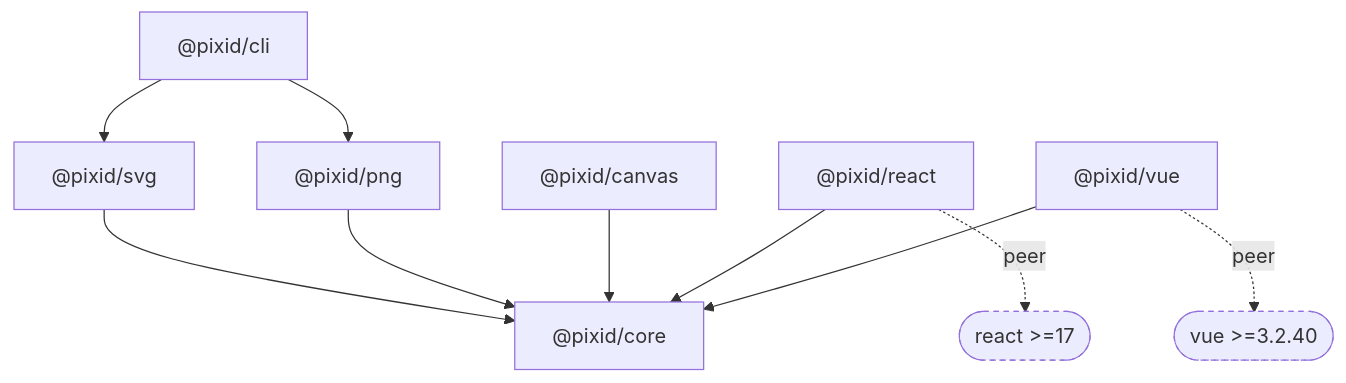
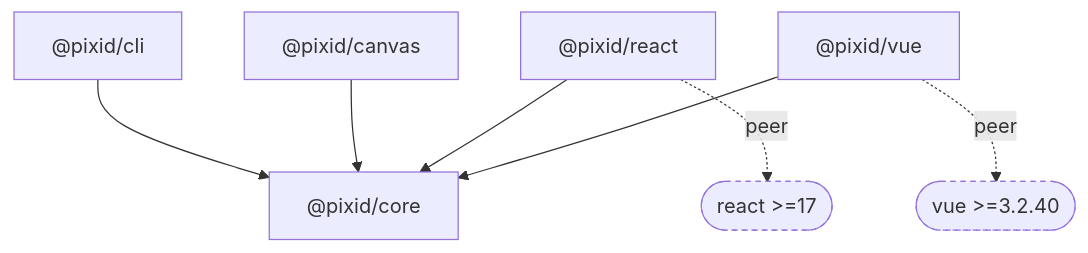
The diagram in README.md (thilllon/pixid), drawn with Mermaid before and after one commit. The commit also changed other lines of this file and 1 other file, not shown here.

Commit message:
docs: redraw the dependency graph and root devDependency note for the merged core
#34's graph drew cli -> svg/png -> core and #32's AGENTS.md note named
@pixid/png as the root's workspace link and pngjs owner. Both describe the
layout before this PR: cli, canvas, react and vue now all depend on core
alone, and core owns pngjs.

Claude-Session: https://claude.ai/code/session_01CiYjTGQRb3gpHTytmd5pVm

````diff
--- a/README.md
+++ b/README.md
@@ -137,14 +137,11 @@
 ```mermaid
 flowchart TD
-  cli["@pixid/cli"] --> svg["@pixid/svg"]
-  cli --> png["@pixid/png"]
-  svg --> core["@pixid/core"]
-  png --> core
+  cli["@pixid/cli"] --> core["@pixid/core"]
   canvas["@pixid/canvas"] --> core
   react["@pixid/react"] --> core
   vue["@pixid/vue"] --> core
   react -. peer .-> reactPeer(["react >=17"])
   vue -. peer .-> vuePeer(["vue >=3.2.40"])
   classDef external stroke-dasharray: 4 4
   class reactPeer,vuePeer external
 ```
````
